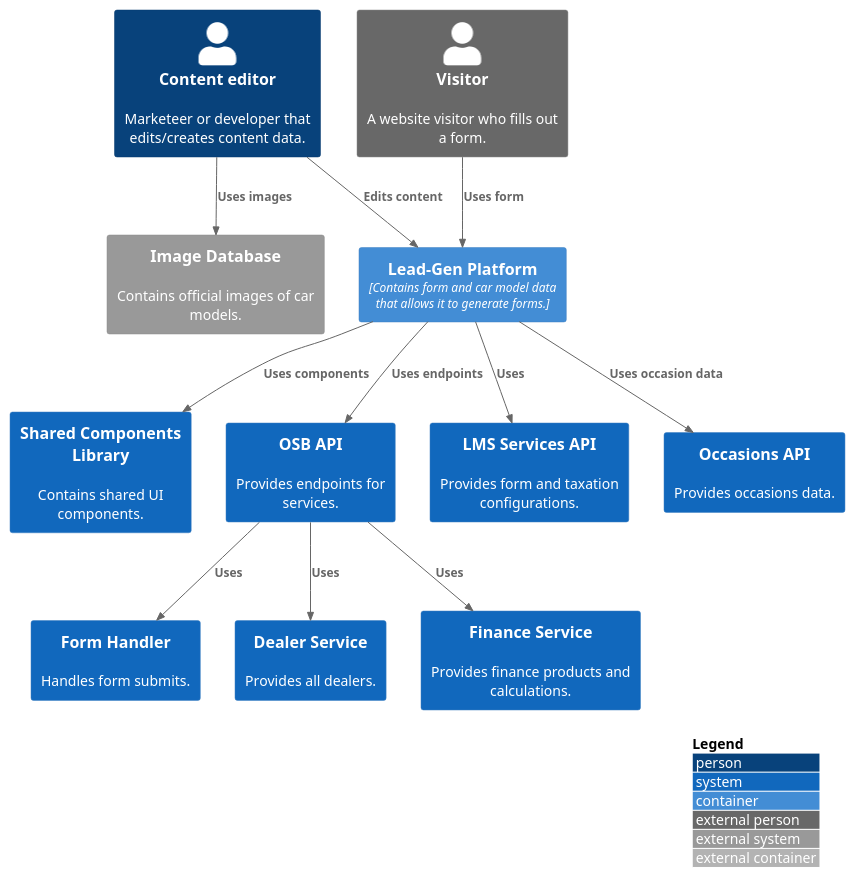
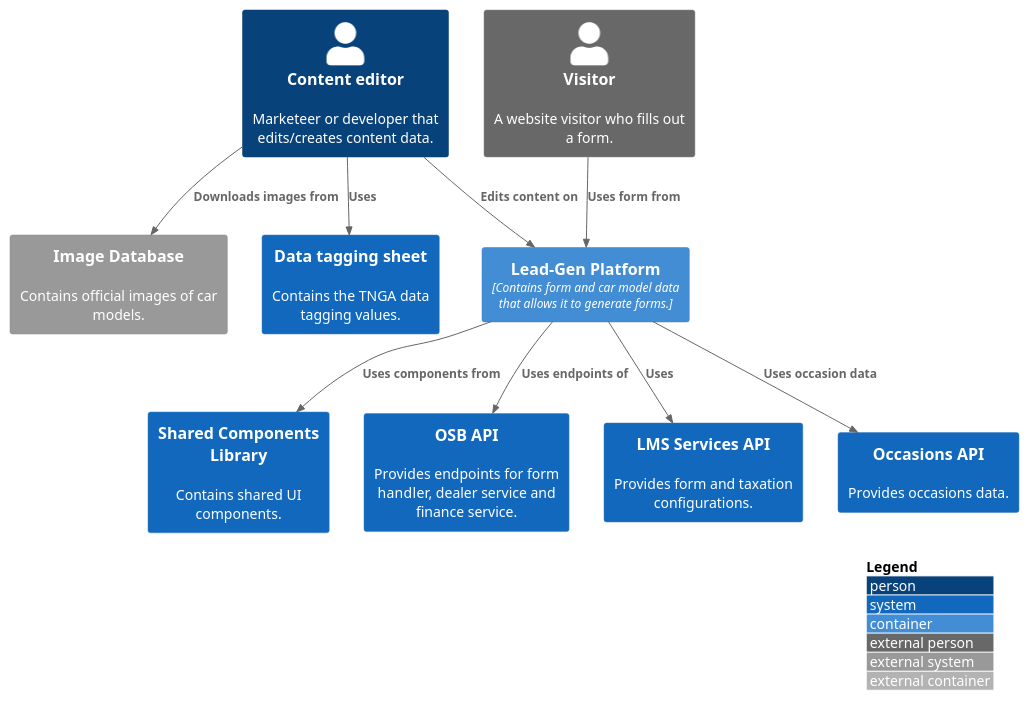
Before and after one commit to gitwazzup/lead-gen-c4: the diagram in src/context.puml, drawn with PlantUML. The commit also changed 9 other files, not shown here.

```diff
--- a/src/context.puml
+++ b/src/context.puml
@@ -1,29 +1,25 @@
 @startuml
 !include https://raw.githubusercontent.com/adrianvlupu/C4-PlantUML/latest/C4_Context.puml
 !include https://raw.githubusercontent.com/plantuml-stdlib/C4-PlantUML/master/C4_Container.puml
 
 LAYOUT_WITH_LEGEND()
 
 Person(editor, "Content editor", "Marketeer or developer that edits/creates content data.")
 Person_Ext(visitor, "Visitor", "A website visitor who fills out a form.")
 Container(leadgen, "Lead-Gen Platform", "Contains form and car model data that allows it to generate forms.")
 System(cmp, "Shared Components Library", "Contains shared UI components.")
-System(osb, "OSB API", "Provides endpoints for services.")
+System(osb, "OSB API", "Provides endpoints for form handler, dealer service and finance service.")
 System(lms, "LMS Services API", "Provides form and taxation configurations.")
 System(occasions, "Occasions API", "Provides occasions data.")
 System_Ext(img, "Image Database", "Contains official images of car models.")
-System(formhandler, "Form Handler", "Handles form submits.")
-System(dealer, "Dealer Service", "Provides all dealers.")
-System(finance, "Finance Service", "Provides finance products and calculations.")
+System(data, "Data tagging sheet", "Contains the TNGA data tagging values.")
 
-Rel(editor, leadgen, "Edits content")
-Rel(visitor, leadgen, "Uses form")
-Rel(leadgen, cmp, "Uses components")
-Rel(leadgen, osb, "Uses endpoints")
+Rel(editor, leadgen, "Edits content on")
+Rel(visitor, leadgen, "Uses form from")
+Rel(leadgen, cmp, "Uses components from")
+Rel(leadgen, osb, "Uses endpoints of")
 Rel(leadgen, lms, "Uses")
 Rel(leadgen, occasions, "Uses occasion data")
-Rel(editor, img, "Uses images")
-Rel(osb, formhandler, "Uses")
-Rel(osb, dealer, "Uses")
-Rel(osb, finance, "Uses")
+Rel(editor, img, "Downloads images from")
+Rel(editor, data, "Uses")
 @enduml
```
